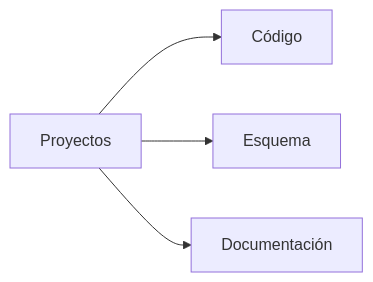
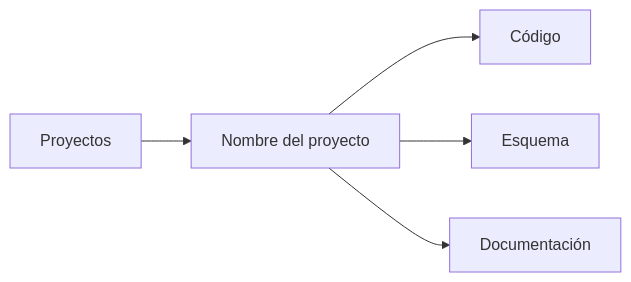
One commit to Multex/Proyectos-Uni changed the second of 2 diagrams in README.md. Above: the diagram before and after it, drawn with Mermaid.

Commit message:
Arreglo mínimo del gráfico de proyectos

````diff
--- a/README.md
+++ b/README.md
@@ -23,6 +23,7 @@
 ```mermaid
 graph LR
-    A[Proyectos] --> B[Código]
-    A --> C[Esquema]
-    A --> D[Documentación]
+    A[Proyectos] --> B[Nombre del proyecto]
+    B --> C[Código]
+    B --> D[Esquema]
+    B --> E[Documentación]
 ```
````
